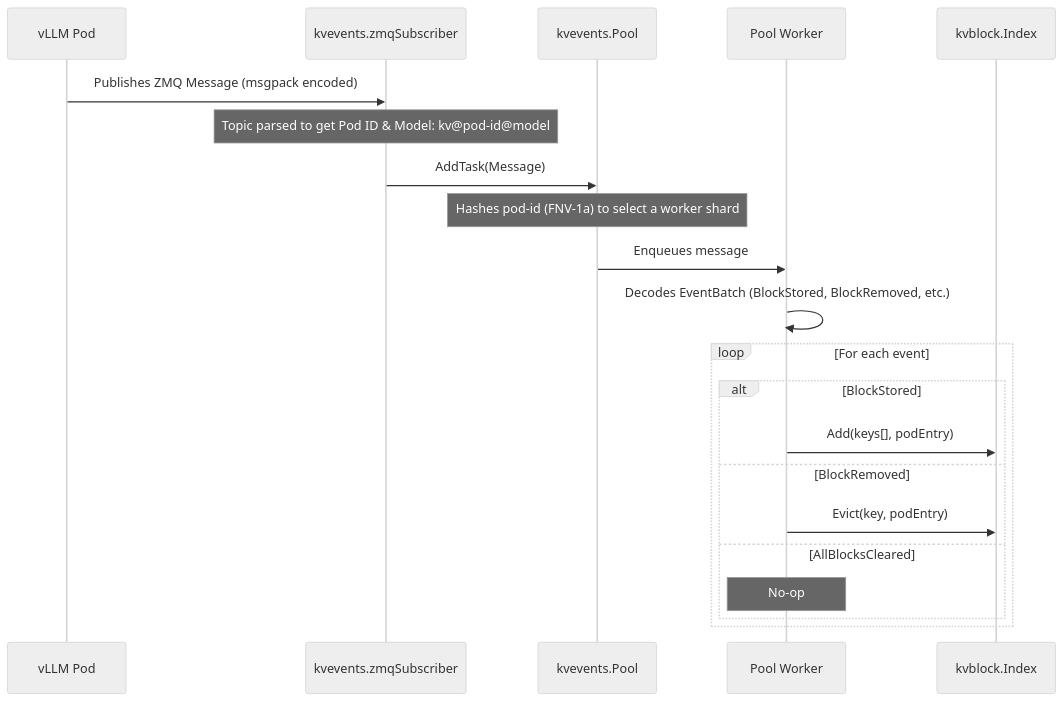
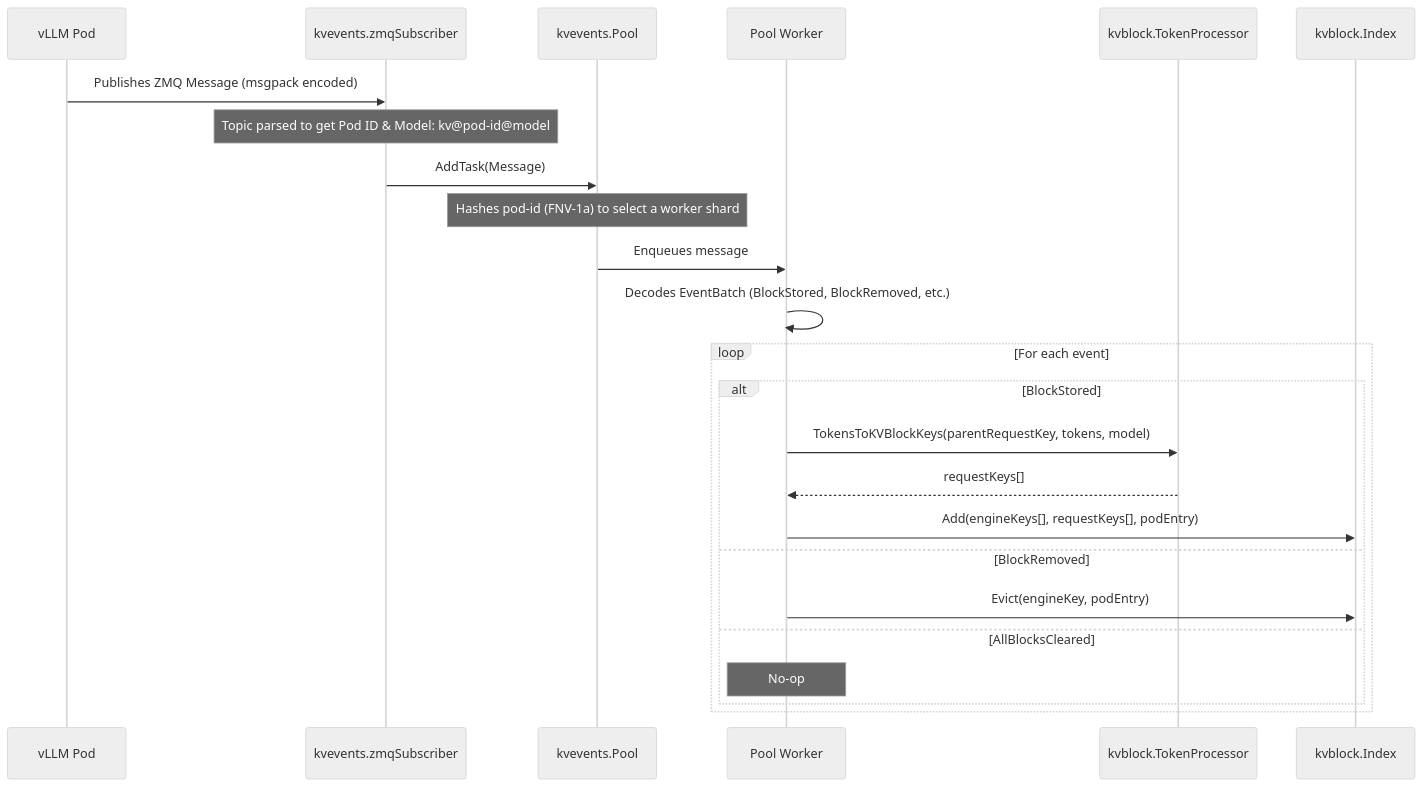
Before and after one commit to llm-d/llm-d-kv-cache: the second of 2 diagrams in docs/architecture.md, drawn with Mermaid (neutral theme). The commit also changed other lines of this file and 6 other files, not shown here.

````diff
--- a/docs/architecture.md
+++ b/docs/architecture.md
@@ -71,27 +74,30 @@
 ```mermaid
 sequenceDiagram
     participant vLLM as vLLM Pod
     participant Subscriber as kvevents.zmqSubscriber
     participant Pool as kvevents.Pool
     participant Worker as Pool Worker
+    participant TokenProcessor as kvblock.TokenProcessor
     participant Index as kvblock.Index
 
     vLLM->>Subscriber: Publishes ZMQ Message (msgpack encoded)
     Note over Subscriber: Topic parsed to get Pod ID & Model: kv@pod-id@model
-    
+
     Subscriber->>Pool: AddTask(Message)
     Note over Pool: Hashes pod-id (FNV-1a) to select a worker shard
-    
+
     Pool->>Worker: Enqueues message
-    
+
     Worker->>Worker: Decodes EventBatch (BlockStored, BlockRemoved, etc.)
     loop For each event
         alt BlockStored
-            Worker->>Index: Add(keys[], podEntry)
+            Worker->>TokenProcessor: TokensToKVBlockKeys(parentRequestKey, tokens, model)
+            TokenProcessor-->>Worker: requestKeys[]
+            Worker->>Index: Add(engineKeys[], requestKeys[], podEntry)
         else BlockRemoved
-            Worker->>Index: Evict(key, podEntry)
+            Worker->>Index: Evict(engineKey, podEntry)
         else AllBlocksCleared
             Note over Worker: No-op
         end
     end
 ```
````
